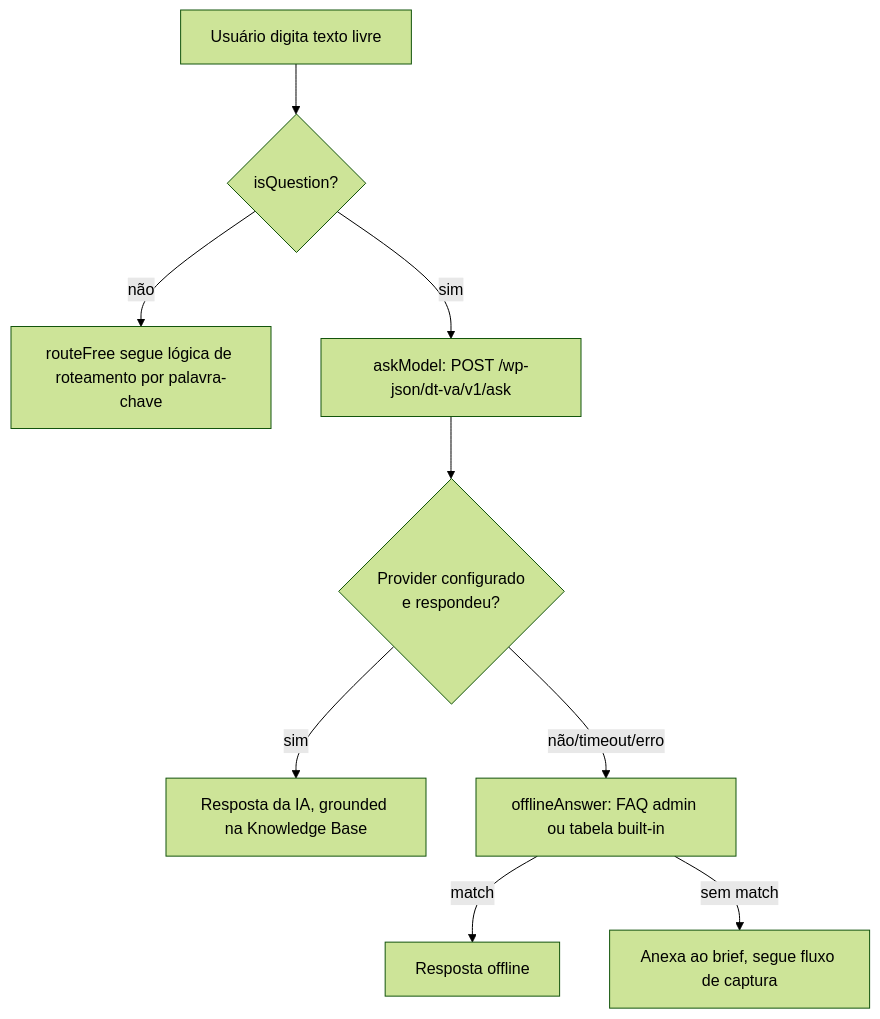
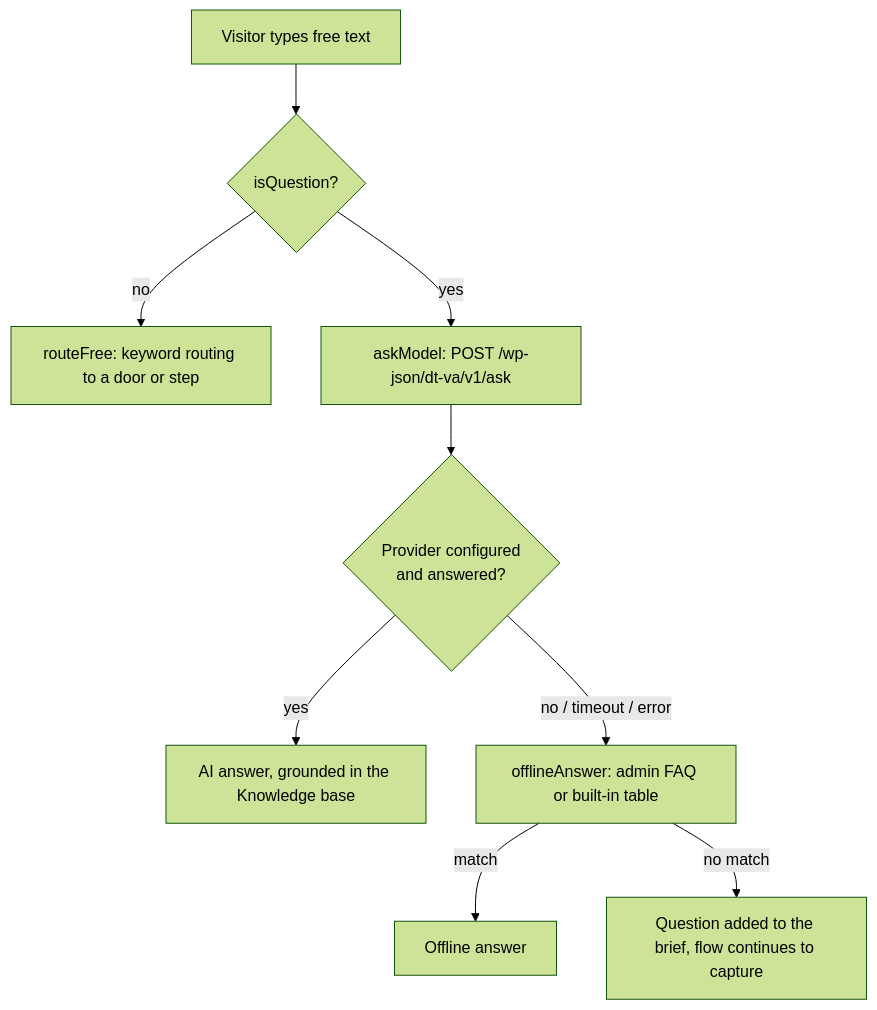
The diagram in modules/virtual-assistant/docs/ai-flow.md (henriqpohl/dovetail-studio), drawn with Mermaid (forest theme) before and after one commit. The commit also changed other lines of this file and 139 other files, not shown here.

````diff
--- a/modules/virtual-assistant/docs/ai-flow.md
+++ b/modules/virtual-assistant/docs/ai-flow.md
@@ -5,11 +5,11 @@
 ```mermaid
 flowchart TD
-    A[Usuário digita texto livre] --> B{isQuestion?}
-    B -- não --> C[routeFree segue lógica de roteamento por palavra-chave]
-    B -- sim --> D[askModel: POST /wp-json/dt-va/v1/ask]
-    D --> E{Provider configurado<br/>e respondeu?}
-    E -- sim --> F[Resposta da IA, grounded na Knowledge Base]
-    E -- não/timeout/erro --> G[offlineAnswer: FAQ admin ou tabela built-in]
-    G -- match --> H[Resposta offline]
-    G -- sem match --> I[Anexa ao brief, segue fluxo de captura]
+    A[Visitor types free text] --> B{isQuestion?}
+    B -- no --> C[routeFree: keyword routing to a door or step]
+    B -- yes --> D[askModel: POST /wp-json/dt-va/v1/ask]
+    D --> E{Provider configured<br/>and answered?}
+    E -- yes --> F[AI answer, grounded in the Knowledge base]
+    E -- no / timeout / error --> G[offlineAnswer: admin FAQ or built-in table]
+    G -- match --> H[Offline answer]
+    G -- no match --> I[Question added to the brief, flow continues to capture]
 ```
````
